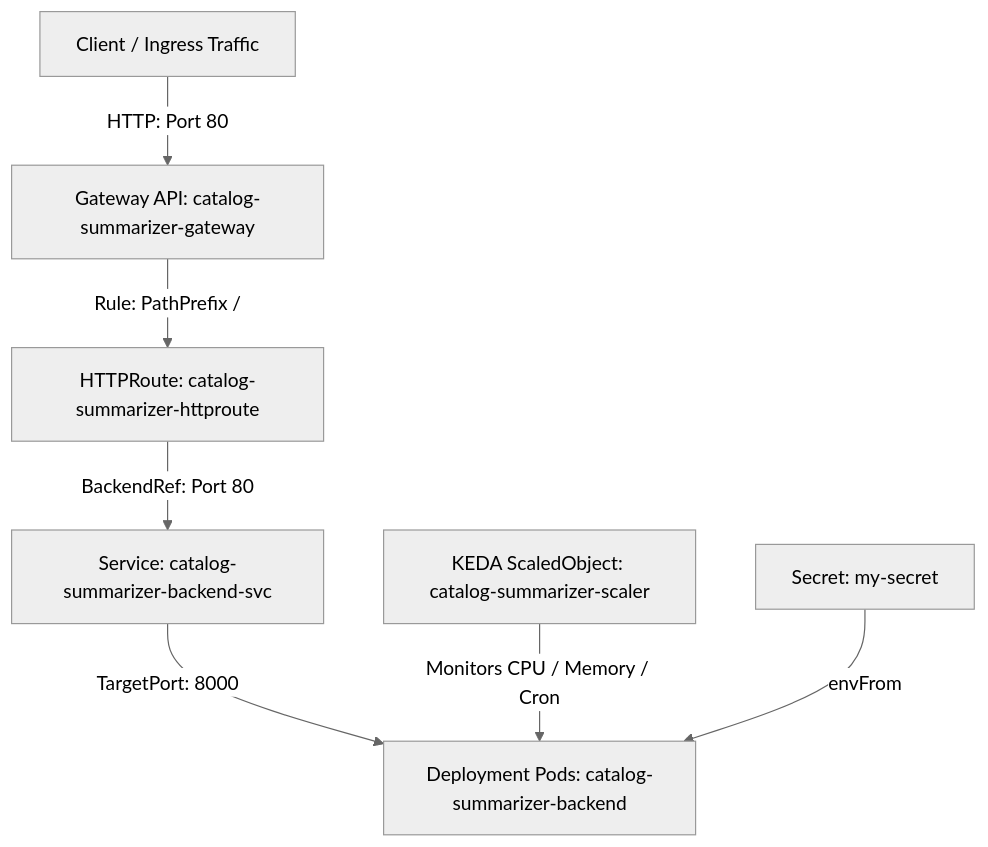
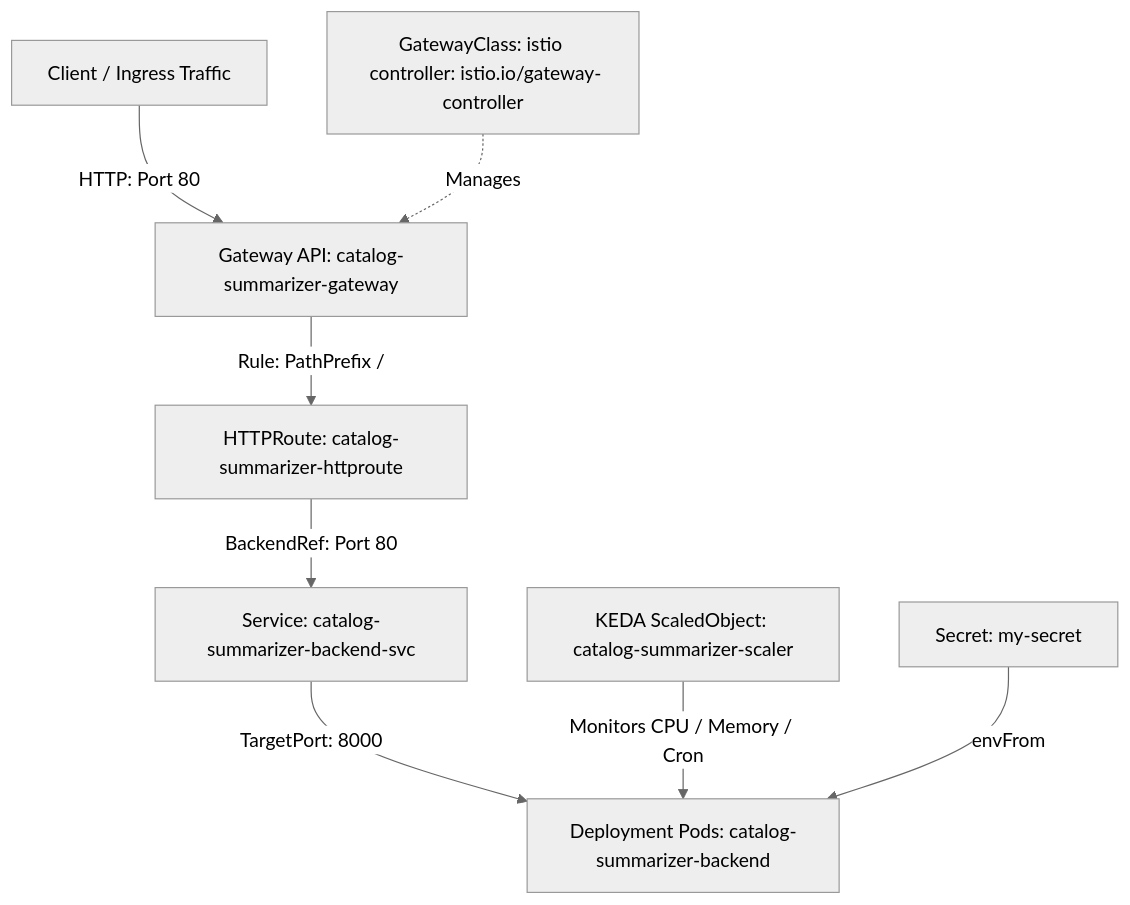
The diagram in minikube/MANIFEST_GUIDE.md (selvakumarperumal/Product-Catalog-Summarizer-for-Sellers), drawn with Mermaid (neutral theme) before and after one commit. The commit also changed other lines of this file, not shown here.

````diff
--- a/minikube/MANIFEST_GUIDE.md
+++ b/minikube/MANIFEST_GUIDE.md
@@ -9,10 +11,11 @@
 ```mermaid
 graph TD
     Client[Client / Ingress Traffic] -->|HTTP: Port 80| GW[Gateway API: catalog-summarizer-gateway]
+    GWClass[GatewayClass: istio <br/> controller: istio.io/gateway-controller] -.->|Manages| GW
     GW -->|Rule: PathPrefix /| HR[HTTPRoute: catalog-summarizer-httproute]
     HR -->|BackendRef: Port 80| SVC[Service: catalog-summarizer-backend-svc]
     SVC -->|TargetPort: 8000| POD[Deployment Pods: catalog-summarizer-backend]
     
     KEDA[KEDA ScaledObject: catalog-summarizer-scaler] -->|Monitors CPU / Memory / Cron| POD
     SEC[Secret: my-secret] -->|envFrom| POD
 ```
````
